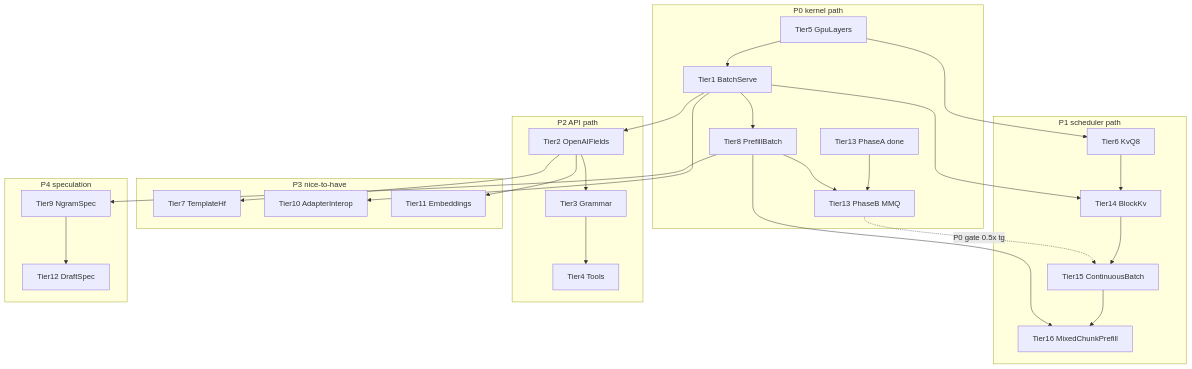
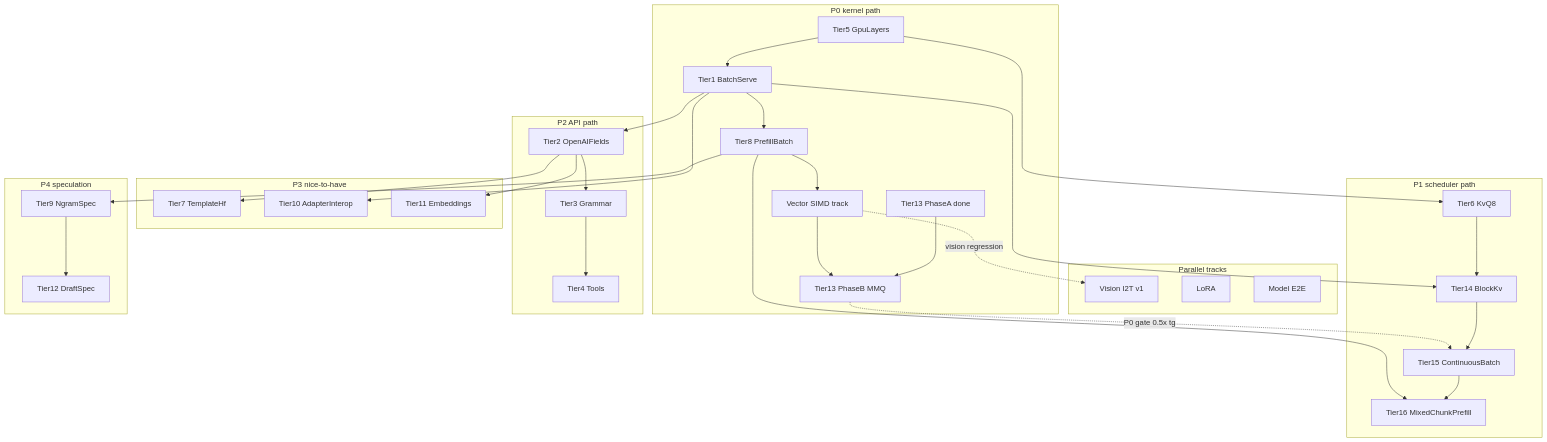
Before and after one commit to ml-cab/juno: the diagram in docs/infra-plan/PLAN-Infra-ROADMAP.md, drawn with Mermaid. The commit also changed other lines of this file and 15 other files, not shown here.

Commit message:
Add vision perf compare harness and document Vision/SIMD parallel tracks.

````diff
--- a/docs/infra-plan/PLAN-Infra-ROADMAP.md
+++ b/docs/infra-plan/PLAN-Infra-ROADMAP.md
@@ -217,34 +264,41 @@
 ```mermaid
 flowchart TD
   subgraph P0 [P0 kernel path]
     T13A[Tier13 PhaseA done] --> T13B[Tier13 PhaseB MMQ]
     T5[Tier5 GpuLayers]
     T1[Tier1 BatchServe]
     T5 --> T1
     T1 --> T8[Tier8 PrefillBatch]
-    T8 --> T13B
+    T8 --> SIMD[Vector SIMD track]
+    SIMD --> T13B
+  end
+  subgraph Parallel [Parallel tracks]
+    VIS[Vision I2T v1]
+    LORA[LoRA]
+    E2E[Model E2E]
+    SIMD -.->|vision regression| VIS
   end
   subgraph P1 [P1 scheduler path]
     T5 --> T6[Tier6 KvQ8]
     T1 --> T14[Tier14 BlockKv]
     T6 --> T14
     T14 --> T15[Tier15 ContinuousBatch]
     T15 --> T16[Tier16 MixedChunkPrefill]
     T8 --> T16
   end
   subgraph P2 [P2 API path]
     T1 --> T2[Tier2 OpenAIFields]
     T2 --> T3[Tier3 Grammar]
     T3 --> T4[Tier4 Tools]
   end
   subgraph P3 [P3 nice-to-have]
     T2 --> T7[Tier7 TemplateHf]
     T1 --> T10[Tier10 AdapterInterop]
     T2 --> T11[Tier11 Embeddings]
   end
   subgraph P4 [P4 speculation]
     T8 --> T9[Tier9 NgramSpec]
     T9 --> T12[Tier12 DraftSpec]
   end
   T13B -.->|P0 gate 0.5x tg| T15
 ```
````
